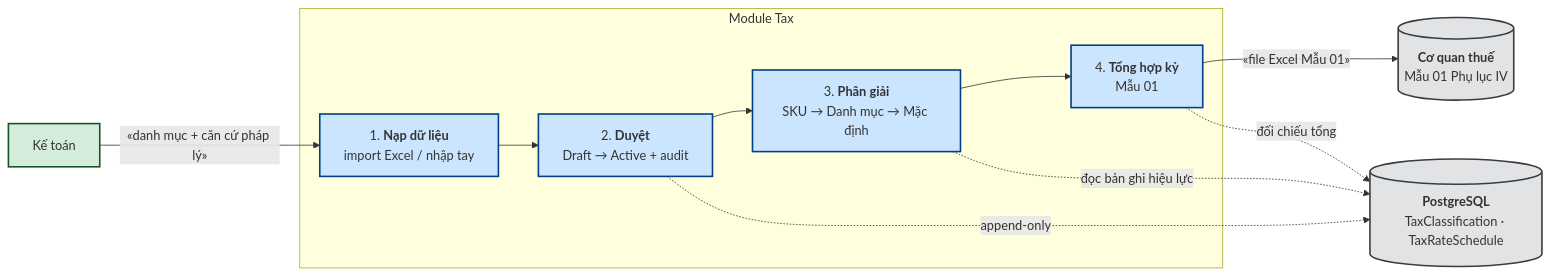
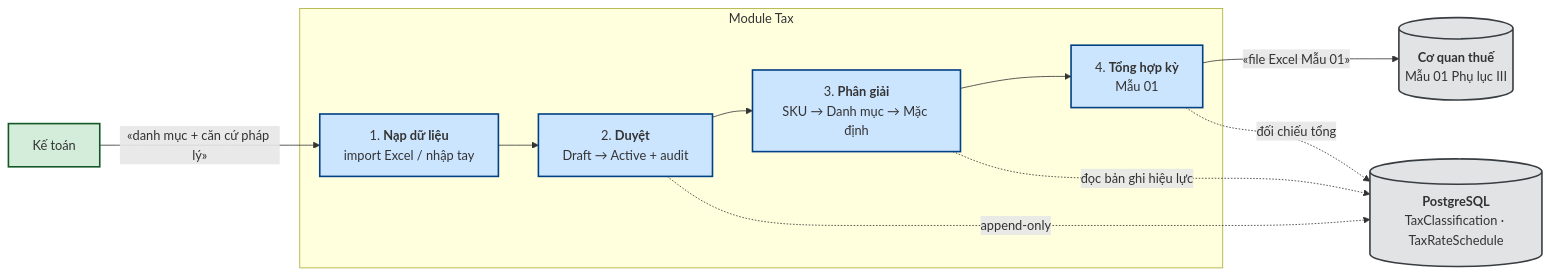
Before and after one commit to hungnt9801/eCommerce: the fourth of 5 diagrams in docs/features/XC-006-phan-loai-thue-gtgt.md, drawn with Mermaid. The commit also changed other lines of this file, not shown here.

````diff
--- a/docs/features/XC-006-phan-loai-thue-gtgt.md
+++ b/docs/features/XC-006-phan-loai-thue-gtgt.md
@@ -178,28 +183,28 @@
 ```mermaid
 graph LR
     classDef actor fill:#d4edda,stroke:#155724,stroke-width:2px;
     classDef process fill:#cce5ff,stroke:#004085,stroke-width:2px;
     classDef datastore fill:#e2e3e5,stroke:#383d41,stroke-width:2px;
 
     KT["Kế toán"]
-    CQT[("<b>Cơ quan thuế</b><br/>Mẫu 01 Phụ lục IV")]
+    CQT[("<b>Cơ quan thuế</b><br/>Mẫu 01 Phụ lục III")]
     DB[("<b>PostgreSQL</b><br/>TaxClassification · TaxRateSchedule")]
 
     class KT actor;
     class CQT,DB datastore;
 
     subgraph TAX["Module Tax"]
         P1["1. <b>Nạp dữ liệu</b><br/>import Excel / nhập tay"]
         P2["2. <b>Duyệt</b><br/>Draft → Active + audit"]
         P3["3. <b>Phân giải</b><br/>SKU → Danh mục → Mặc định"]
         P4["4. <b>Tổng hợp kỳ</b><br/>Mẫu 01"]
         class P1,P2,P3,P4 process;
         P1 --> P2 --> P3 --> P4
     end
 
     KT -- "«danh mục + căn cứ pháp lý»" --> P1
     P2 -. "append-only" .-> DB
     P3 -. "đọc bản ghi hiệu lực" .-> DB
     P4 -- "«file Excel Mẫu 01»" --> CQT
     P4 -. "đối chiếu tổng" .-> DB
 ```
````
